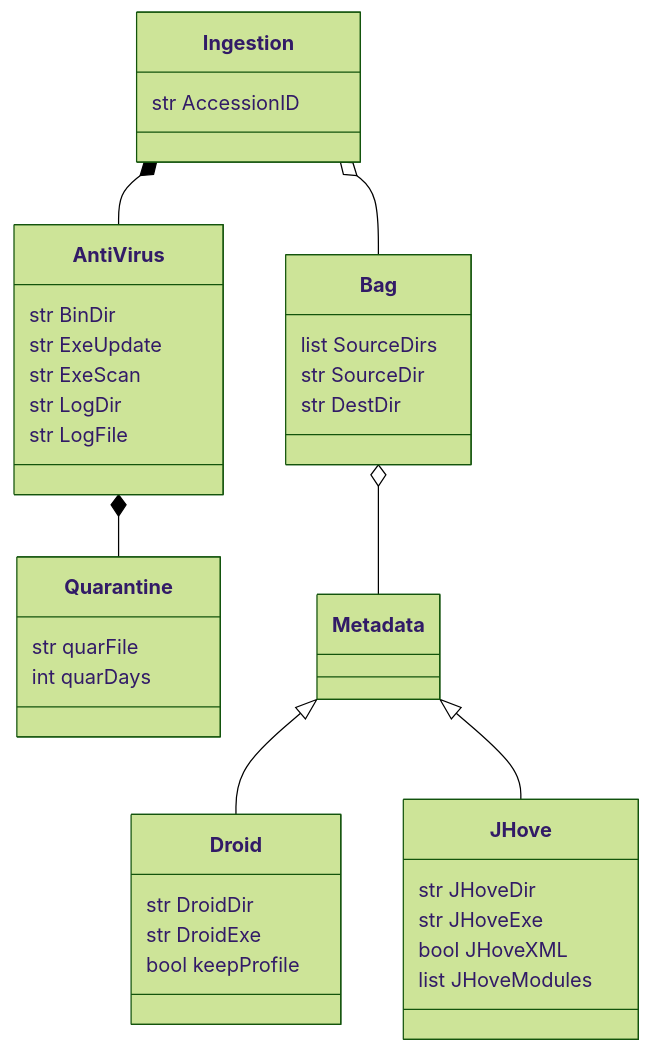
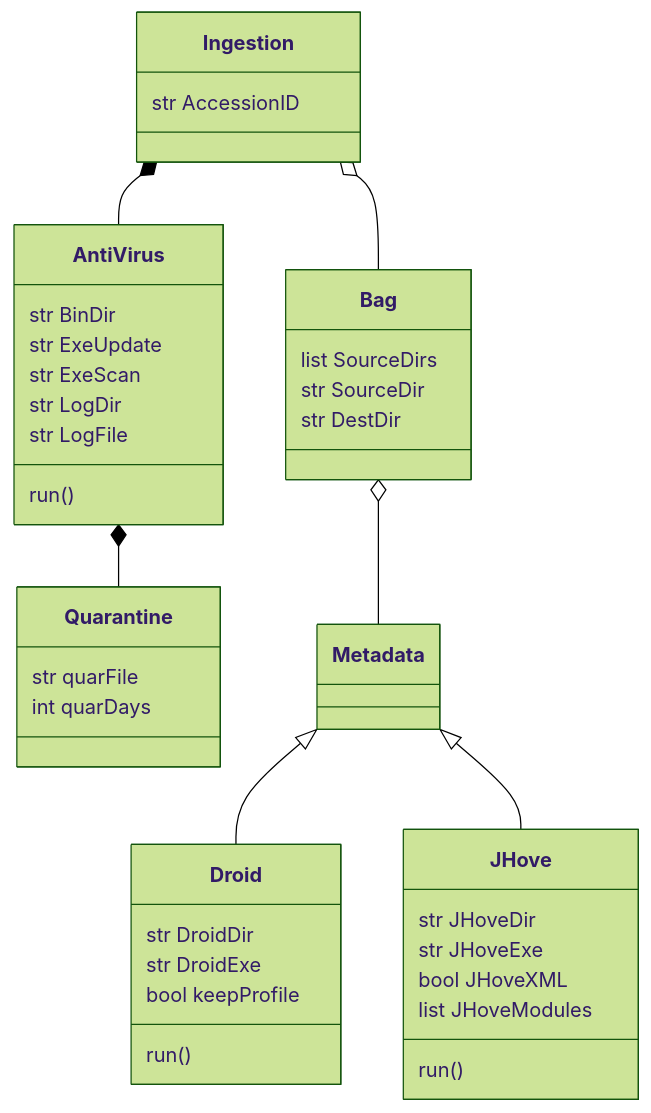
Before and after one commit to kaust-library/clamdock: the second of 2 diagrams in README.md, drawn with Mermaid (forest theme). The commit also changed other lines of this file, not shown here.

````diff
--- a/README.md
+++ b/README.md
@@ -19,41 +19,44 @@
 ```mermaid
 classDiagram
     Ingestion *-- AntiVirus
     Ingestion o-- Bag
     AntiVirus *-- Quarantine
     Bag o-- Metadata
     Metadata <|-- Droid
     Metadata <|-- JHove
 
     class Ingestion
     Ingestion: str AccessionID
 
     class AntiVirus
     AntiVirus: str BinDir
     AntiVirus: str ExeUpdate
     AntiVirus: str ExeScan
     AntiVirus: str LogDir
     AntiVirus: str LogFile
+    AntiVirus: run()
 
     class Quarantine
     Quarantine: str quarFile
     Quarantine: int quarDays
 
     class Bag
     Bag: list SourceDirs
     Bag: str SourceDir
     Bag: str DestDir
 
     class Metadata
 
     class Droid
     Droid: str DroidDir
     Droid: str DroidExe
     Droid: bool keepProfile
+    Droid: run()
 
     class JHove
     JHove: str JHoveDir
     JHove: str JHoveExe
     JHove: bool JHoveXML
     JHove: list JHoveModules
+    JHove: run()
 ```
````
